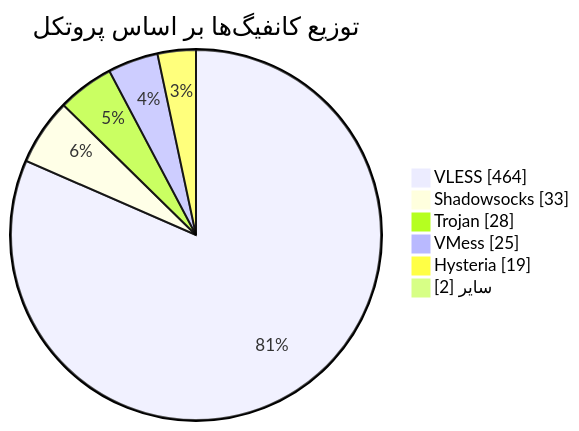
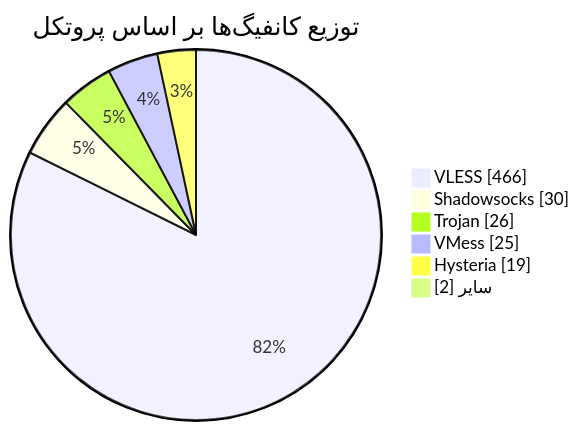
One commit to Arian-Alijani/Somthing changed the diagram in README.md. Above: the diagram before and after it, drawn with Mermaid. The commit also changed other lines of this file and 77 other files, not shown here.

````diff
--- a/README.md
+++ b/README.md
@@ -48,10 +48,10 @@
 ```mermaid
 pie showData
     title توزیع کانفیگ‌ها بر اساس پروتکل
-    "VLESS" : 464
-    "Shadowsocks" : 33
-    "Trojan" : 28
+    "VLESS" : 466
+    "Shadowsocks" : 30
+    "Trojan" : 26
     "VMess" : 25
     "Hysteria" : 19
     "سایر" : 2
 ```
````
